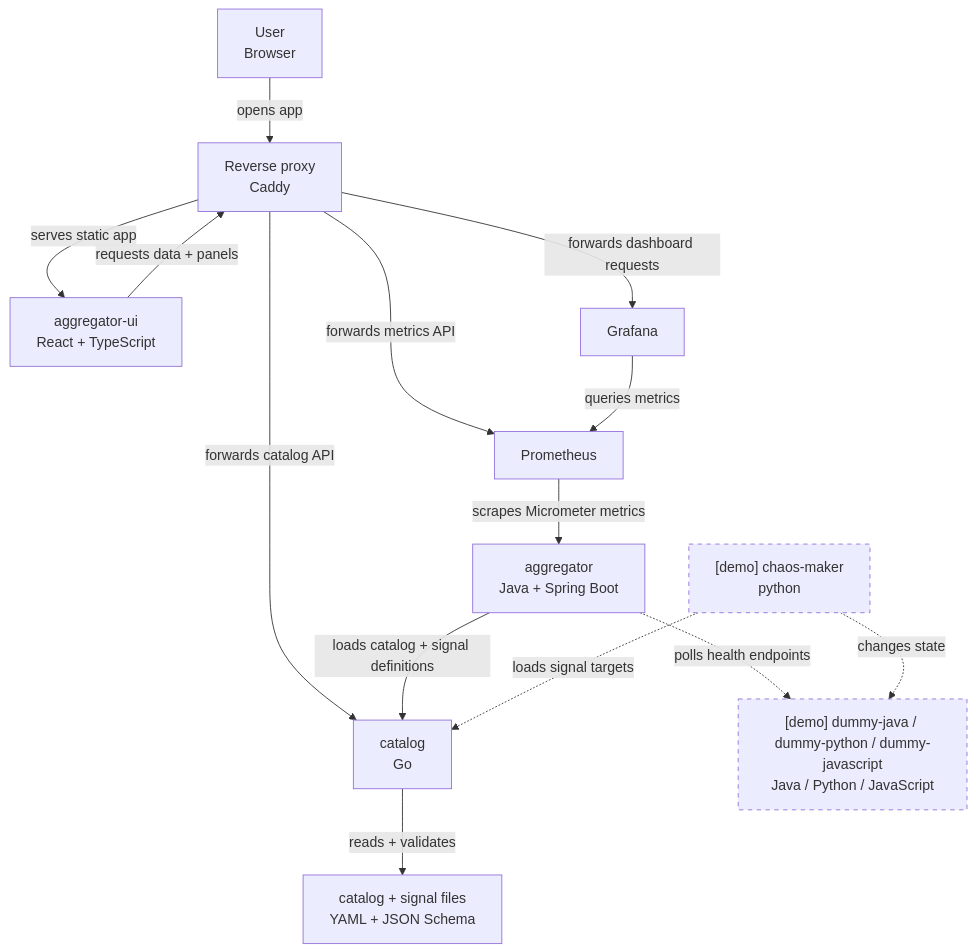
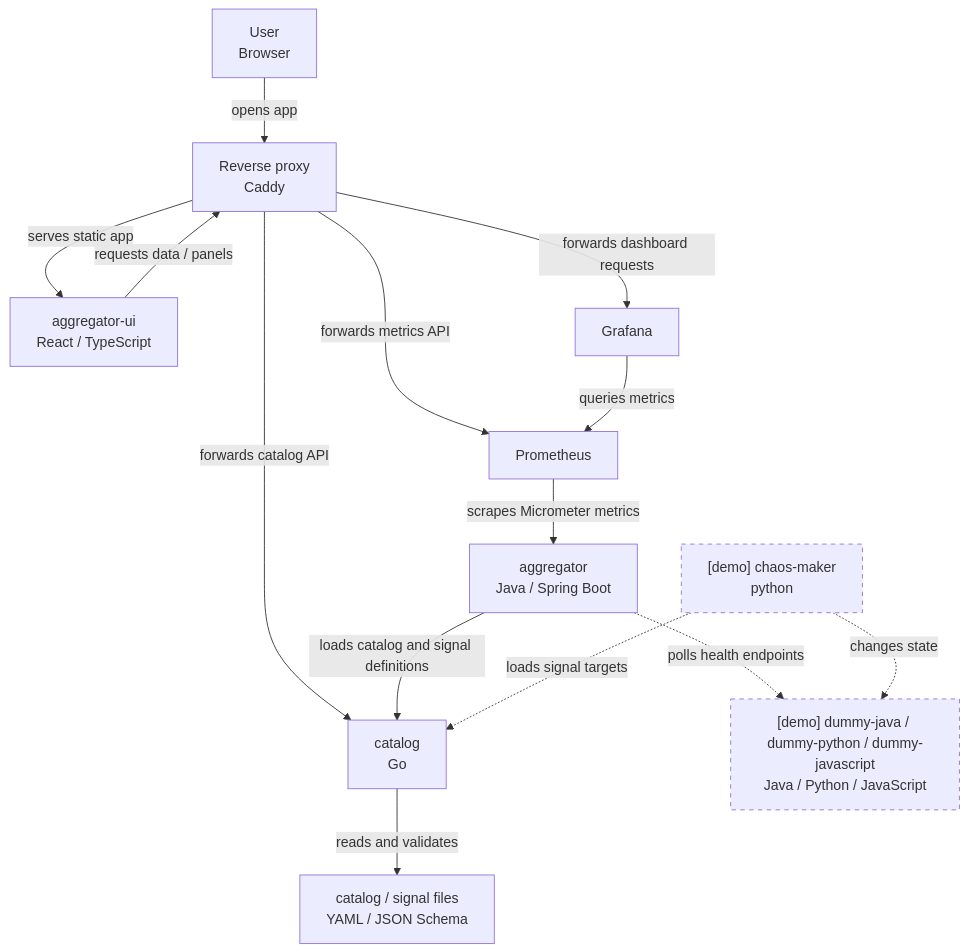
The diagram in README.md (aleksei-sapozhnikov/aggregator), drawn with Mermaid before and after one commit.

Commit message:
Replace "+" with "/" on the scheme

````diff
--- a/README.md
+++ b/README.md
@@ -16,24 +16,24 @@
 ```mermaid
 flowchart TB
   browser["User<br>Browser"] -->|opens app| proxy["Reverse proxy<br>Caddy"]
-  proxy -->|serves static app| ui["aggregator-ui<br>React + TypeScript"]
+  proxy -->|serves static app| ui["aggregator-ui<br>React / TypeScript"]
 
-  ui -->|requests data + panels| proxy
+  ui -->|requests data / panels| proxy
   proxy -->|forwards catalog API| catalog["catalog<br>Go"]
   proxy -->|forwards metrics API| prometheus["Prometheus"]
   proxy -->|forwards dashboard requests| grafana["Grafana"]
 
   grafana -->|queries metrics| prometheus
-  prometheus -->|scrapes Micrometer metrics| aggregator["aggregator<br>Java + Spring Boot"]
+  prometheus -->|scrapes Micrometer metrics| aggregator["aggregator<br>Java / Spring Boot"]
 
-  aggregator -->|loads catalog + signal definitions| catalog
-  catalog -->|reads + validates| catalogFiles["catalog + signal files<br>YAML + JSON Schema"]
+  aggregator -->|loads catalog and signal definitions| catalog
+  catalog -->|reads and validates| catalogFiles["catalog / signal files<br>YAML / JSON Schema"]
 
   aggregator -.->|polls health endpoints| demoServices
   chaos -.->|changes state| demoServices["[demo] dummy-java / dummy-python / dummy-javascript<br>Java / Python / JavaScript"]
   chaos["[demo] chaos-maker<br>python"] -.->|loads signal targets| catalog
   
 
   classDef optional stroke-dasharray: 5 5
   class chaos,demoServices optional
 ```
````
